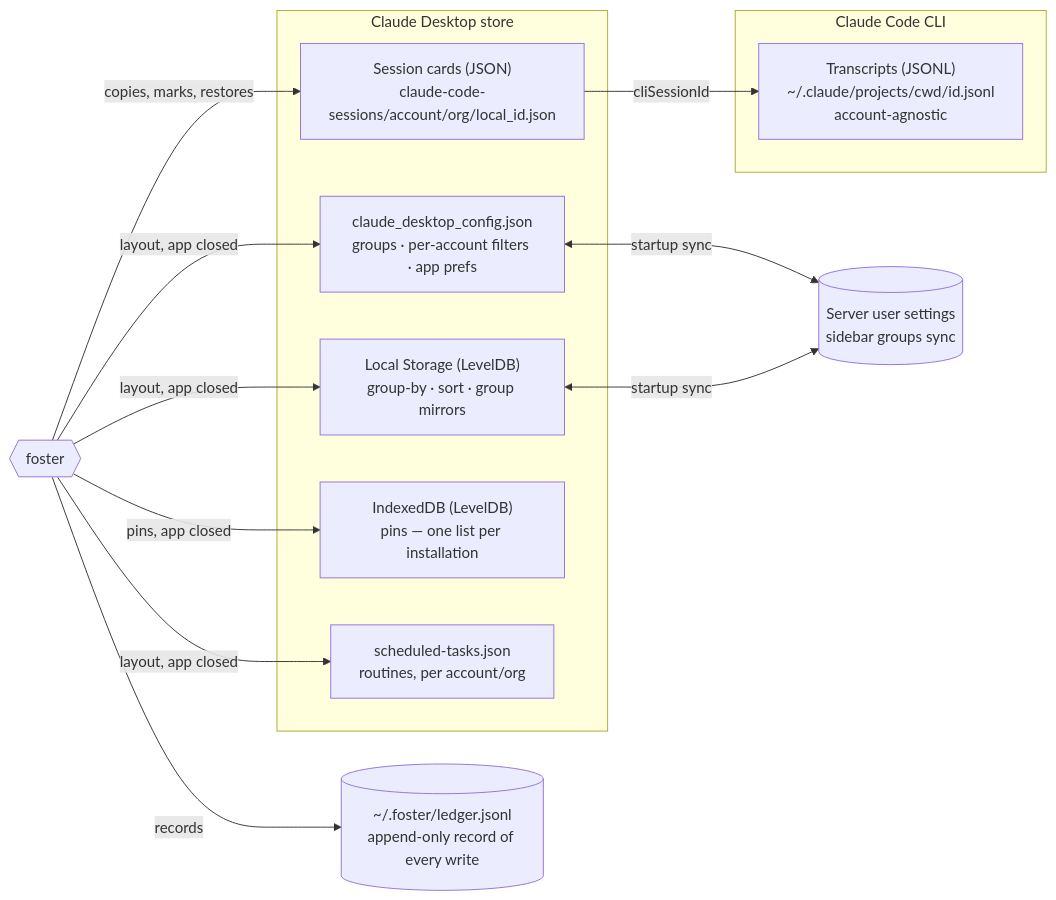
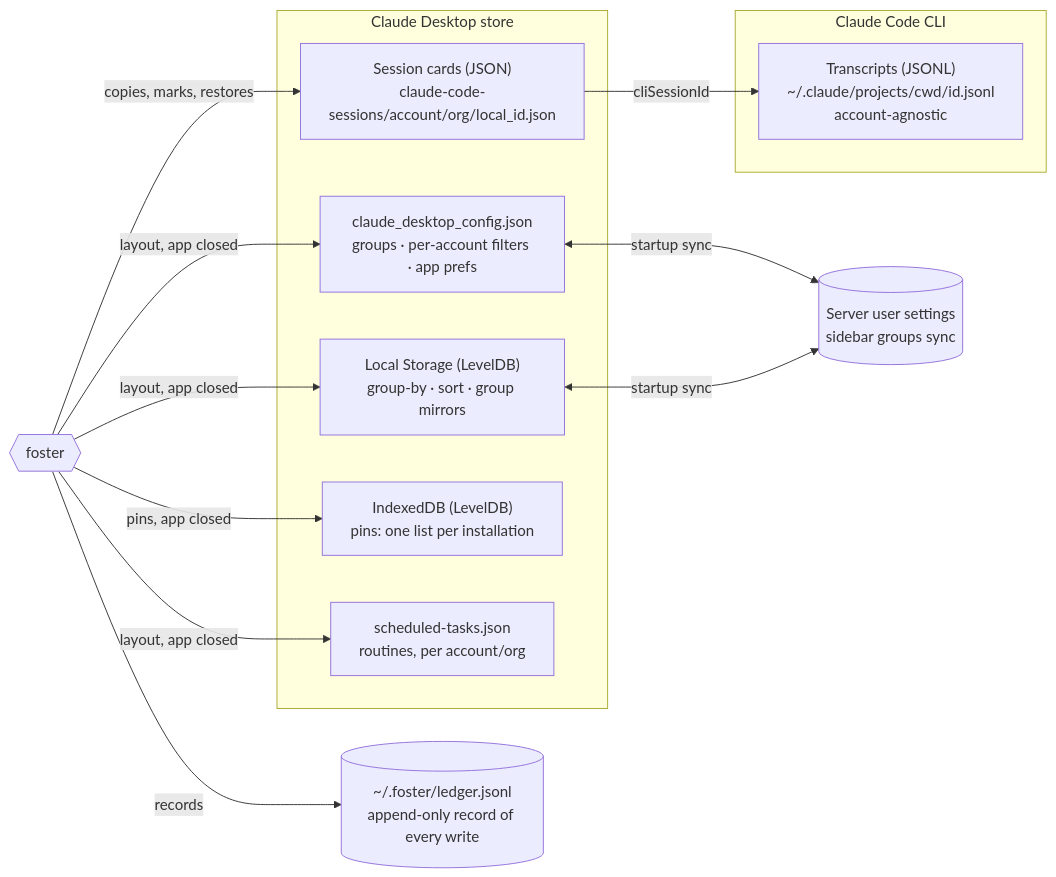
The fourth of 6 diagrams in README.md (cfigueiroa/foster), drawn with Mermaid before and after one commit. The commit also changed other lines of this file and 11 other files, not shown here.

````diff
--- a/README.md
+++ b/README.md
@@ -217,24 +217,24 @@
 ```mermaid
 graph LR
     subgraph Desktop["Claude Desktop store"]
         CARDS["Session cards (JSON)<br/>claude-code-sessions/account/org/local_id.json"]
         CFG["claude_desktop_config.json<br/>groups · per-account filters · app prefs"]
         LS["Local Storage (LevelDB)<br/>group-by · sort · group mirrors"]
-        IDB["IndexedDB (LevelDB)<br/>pins — one list per installation"]
+        IDB["IndexedDB (LevelDB)<br/>pins: one list per installation"]
         RT["scheduled-tasks.json<br/>routines, per account/org"]
     end
     subgraph CLI["Claude Code CLI"]
         TR["Transcripts (JSONL)<br/>~/.claude/projects/cwd/id.jsonl<br/>account-agnostic"]
     end
     SRV[("Server user settings<br/>sidebar groups sync")]
     LEDGER[("~/.foster/ledger.jsonl<br/>append-only record of every write")]
     CARDS -- cliSessionId --> TR
     CFG <-- startup sync --> SRV
     LS <-- startup sync --> SRV
     FOSTER{{foster}} -- "copies, marks, restores" --> CARDS
     FOSTER -- "layout, app closed" --> CFG
     FOSTER -- "layout, app closed" --> LS
     FOSTER -- "pins, app closed" --> IDB
     FOSTER -- "layout, app closed" --> RT
     FOSTER -- records --> LEDGER
 ```
````
